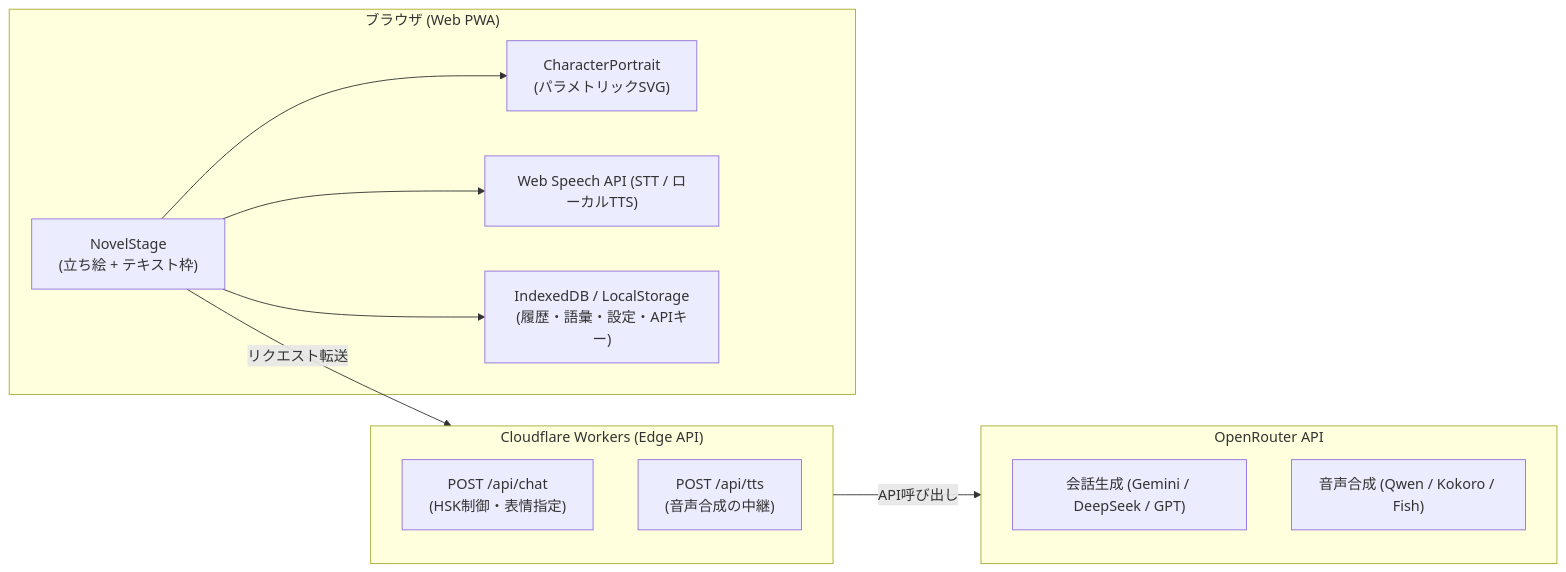
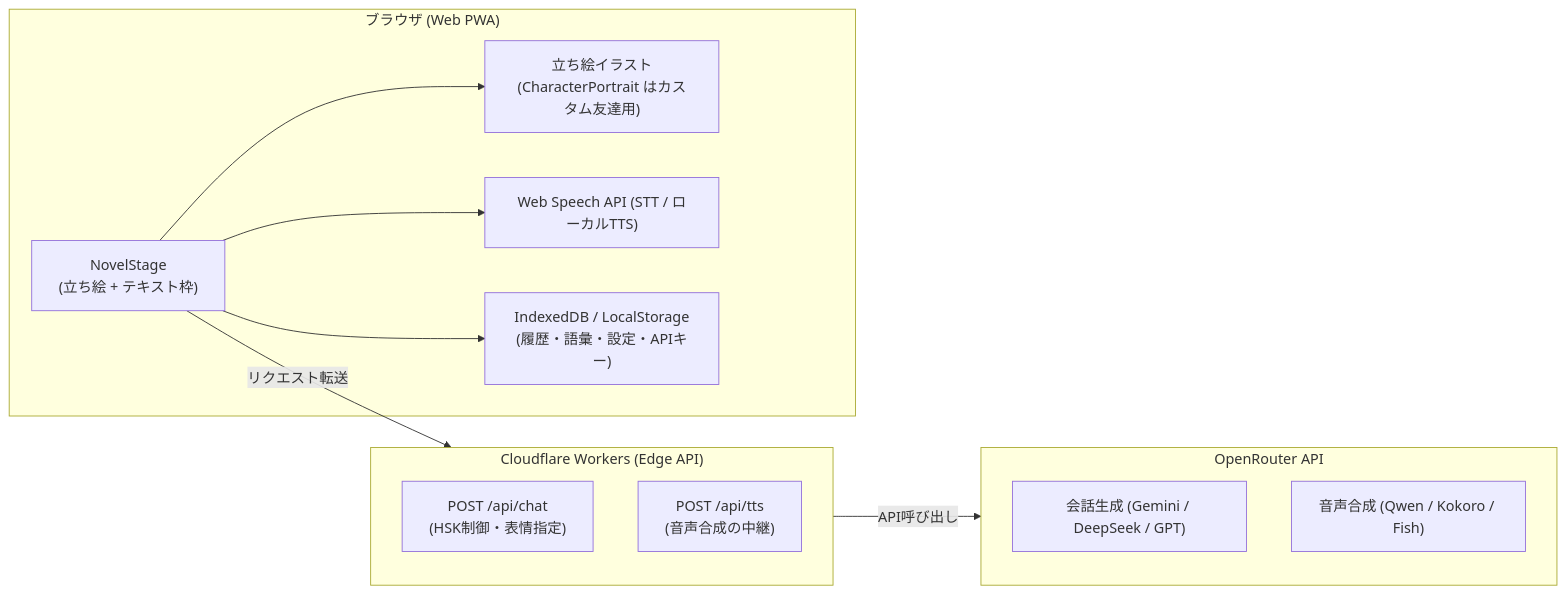
One commit to Satoshi-Hiramatsu/try-chinese changed the diagram in README.md. Above: the diagram before and after it, drawn with Mermaid. The commit also changed other lines of this file and 40 other files, not shown here.

````diff
--- a/README.md
+++ b/README.md
@@ -221,25 +223,25 @@
 ```mermaid
 flowchart LR
     subgraph Client["ブラウザ (Web PWA)"]
         Stage["NovelStage<br>(立ち絵 + テキスト枠)"]
-        Portrait["CharacterPortrait<br>(パラメトリックSVG)"]
+        Portrait["立ち絵イラスト<br>(CharacterPortrait はカスタム友達用)"]
         Speech["Web Speech API (STT / ローカルTTS)"]
         Storage["IndexedDB / LocalStorage<br>(履歴・語彙・設定・APIキー)"]
     end
 
     subgraph Server["Cloudflare Workers (Edge API)"]
         ChatRoute["POST /api/chat<br>(HSK制御・表情指定)"]
         TtsRoute["POST /api/tts<br>(音声合成の中継)"]
     end
 
     subgraph AI["OpenRouter API"]
         LLM["会話生成 (Gemini / DeepSeek / GPT)"]
         TTS["音声合成 (Qwen / Kokoro / Fish)"]
     end
 
     Stage --> Portrait
     Stage --> Storage
     Stage --> Speech
     Stage -->|リクエスト転送| Server
     Server -->|API呼び出し| AI
 ```
````
